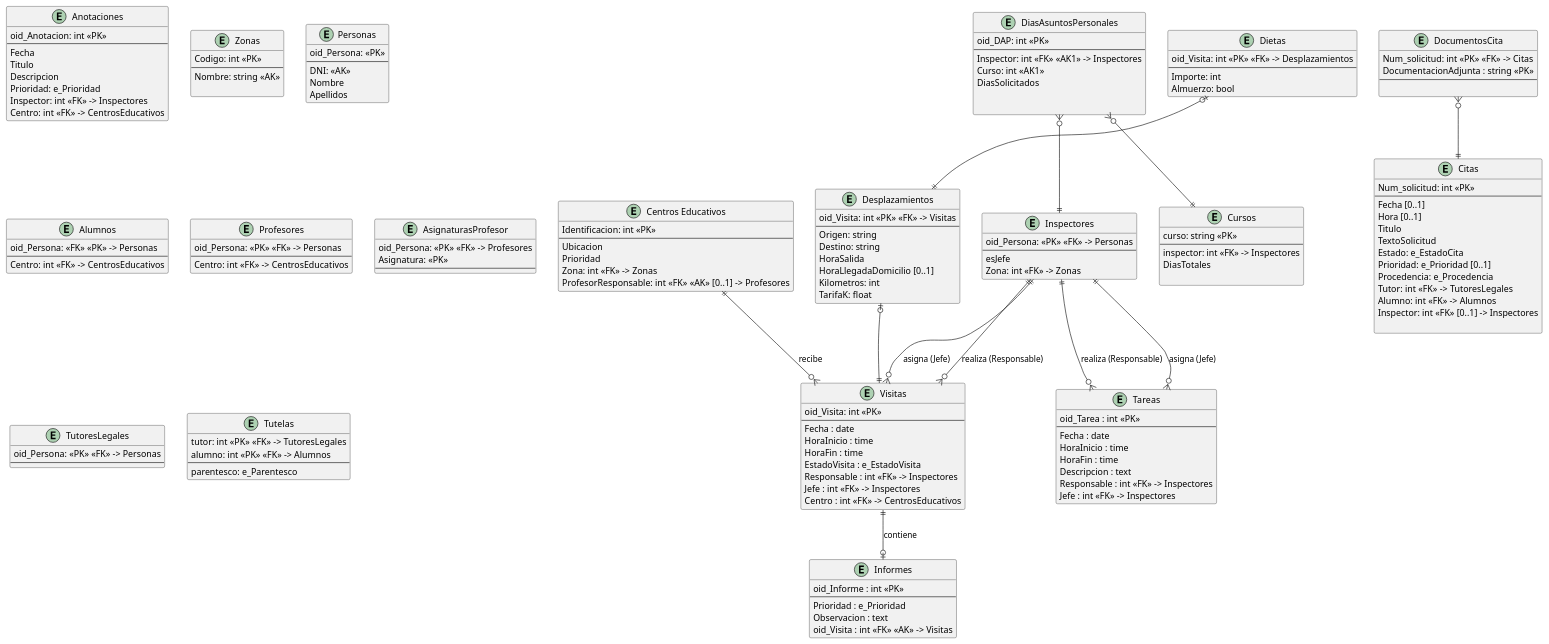
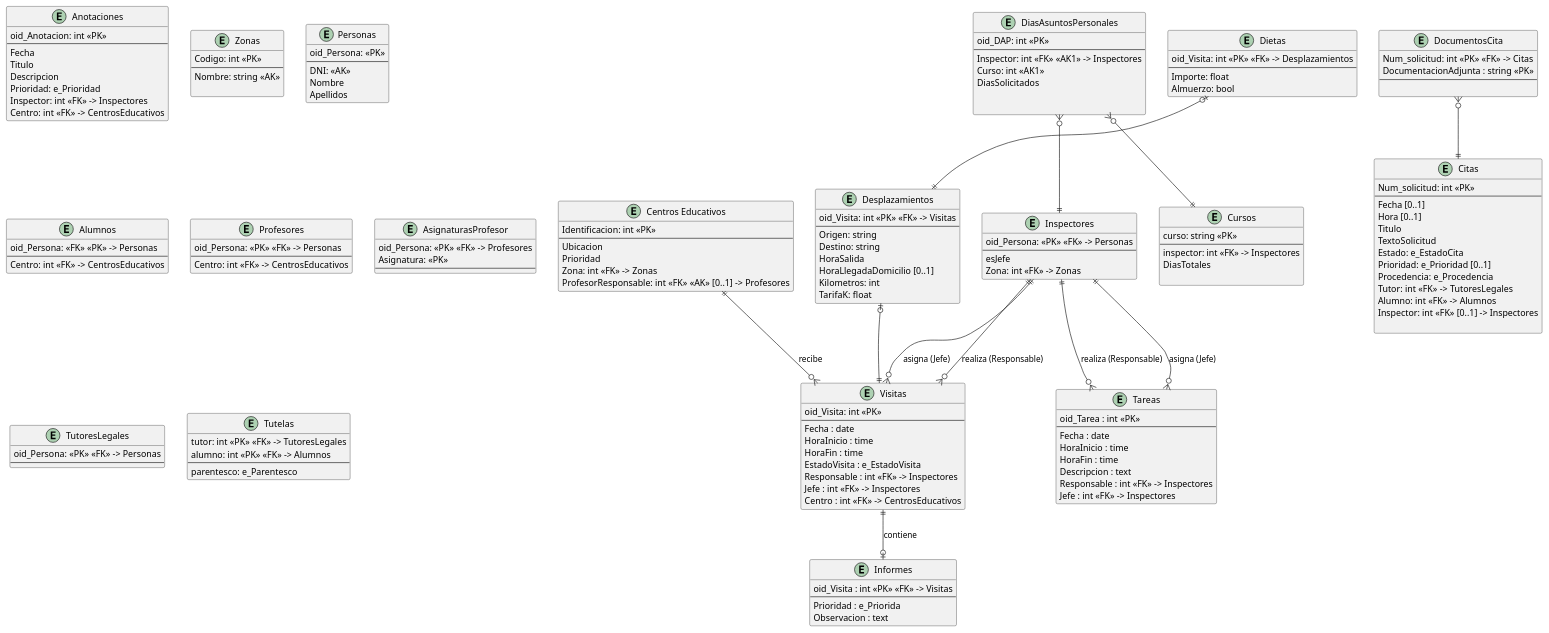
The diagram in modelado/modelado_relacional.puml (lorenzomaranon/ProyectoBD_Inspeccion_Educativa), drawn with PlantUML before and after one commit.

Commit message:
Corrige a float Importe y elimina oid_Informe

```diff
--- a/modelado/modelado_relacional.puml
+++ b/modelado/modelado_relacional.puml
@@ -1,192 +1,191 @@
 @startuml modelado_relacional
 hide methods
 skinparam ClassAttributeIconSize 0
 
 
 entity "Centros Educativos" as CentrosEducativos {
     Identificacion: int <<PK>>
     --
     Ubicacion
     Prioridad
     Zona: int <<FK>> -> Zonas
     ProfesorResponsable: int <<FK>> <<AK>> [0..1] -> Profesores
 }
 
 
 entity DocumentosCita {
     Num_solicitud: int <<PK>> <<FK>> -> Citas
     DocumentacionAdjunta : string <<PK>>
     --
      
 }
 entity Citas {
     Num_solicitud: int <<PK>> 
     --
     Fecha [0..1]
     Hora [0..1]
     Titulo
     TextoSolicitud
     Estado: e_EstadoCita
     Prioridad: e_Prioridad [0..1]
     Procedencia: e_Procedencia
     Tutor: int <<FK>> -> TutoresLegales
     Alumno: int <<FK>> -> Alumnos
     Inspector: int <<FK>> [0..1] -> Inspectores
 
 }
 
 entity Anotaciones {
     oid_Anotacion: int <<PK>>
     --
     Fecha
     Titulo
     Descripcion
     Prioridad: e_Prioridad
     Inspector: int <<FK>> -> Inspectores
     Centro: int <<FK>> -> CentrosEducativos
 }
 
 
 
 entity Visitas {
     oid_Visita: int <<PK>>
     --
     Fecha : date
     HoraInicio : time
     HoraFin : time
     EstadoVisita : e_EstadoVisita
     Responsable : int <<FK>> -> Inspectores
     Jefe : int <<FK>> -> Inspectores
     Centro : int <<FK>> -> CentrosEducativos
 }
 
 entity Informes {
-    oid_Informe : int <<PK>>
+    oid_Visita : int <<PK>> <<FK>> -> Visitas
     --
-    Prioridad : e_Prioridad
+    Prioridad : e_Priorida
     Observacion : text
-    oid_Visita : int <<FK>> <<AK>> -> Visitas
 }
 
 entity Tareas {
     oid_Tarea : int <<PK>>
     --
     Fecha : date
     HoraInicio : time
     HoraFin : time
     Descripcion : text
     Responsable : int <<FK>> -> Inspectores
     Jefe : int <<FK>> -> Inspectores
 }
 
 
 
 entity Zonas {
     Codigo: int <<PK>>
     --
     Nombre: string <<AK>>
     
 }
 
 entity Personas {
     oid_Persona: <<PK>>
     --
     DNI: <<AK>>
     Nombre
     Apellidos
 }
 
 entity Inspectores {
     oid_Persona: <<PK>> <<FK>> -> Personas
     --
     esJefe
     Zona: int <<FK>> -> Zonas
 }
 entity Alumnos {
     oid_Persona: <<FK>> <<PK>> -> Personas
     --
     Centro: int <<FK>> -> CentrosEducativos
 }
 
 entity Profesores {
     oid_Persona: <<PK>> <<FK>> -> Personas
     --
     Centro: int <<FK>> -> CentrosEducativos
 }
 
 entity AsignaturasProfesor {
     oid_Persona: <<PK>> <<FK>> -> Profesores
     Asignatura: <<PK>>
     --
 }
 
 entity TutoresLegales {
     oid_Persona: <<PK>> <<FK>> -> Personas
     --
 }
 
 entity Tutelas {
     tutor: int <<PK>> <<FK>> -> TutoresLegales
     alumno: int <<PK>> <<FK>> -> Alumnos
     --
     parentesco: e_Parentesco
 }
 
 Inspectores ||--o{ Visitas : realiza (Responsable)
 Inspectores ||--o{ Visitas : asigna (Jefe)
 Inspectores ||--o{ Tareas : realiza (Responsable)
 Inspectores ||--o{ Tareas : asigna (Jefe)
 CentrosEducativos ||--o{ Visitas : recibe
 Visitas ||--o| Informes : contiene
 
 
 entity Desplazamientos {
     oid_Visita: int <<PK>> <<FK>> -> Visitas
     --
     Origen: string
     Destino: string
     HoraSalida
     HoraLlegadaDomicilio [0..1]
     Kilometros: int
     TarifaK: float
 }
 
 
 entity Dietas {
     oid_Visita: int <<PK>> <<FK>> -> Desplazamientos
     --
-    Importe: int
+    Importe: float
     Almuerzo: bool
 }
 
 
 Desplazamientos |o--||Visitas
 Dietas |o--||Desplazamientos
 
 
 entity DiasAsuntosPersonales {
     oid_DAP: int <<PK>>
     --
     Inspector: int <<FK>> <<AK1>> -> Inspectores
     Curso: int <<AK1>>
     DiasSolicitados
     
     
 }
 
 
 entity Cursos {
     curso: string <<PK>>
     --
     inspector: int <<FK>> -> Inspectores
     DiasTotales
 
 }
 
 DiasAsuntosPersonales }o--||Cursos
 DiasAsuntosPersonales }o--||Inspectores
 
 '------- ASOCIACIONES --------------------------------------
 DocumentosCita }o--|| Citas
 
 @enduml
```
